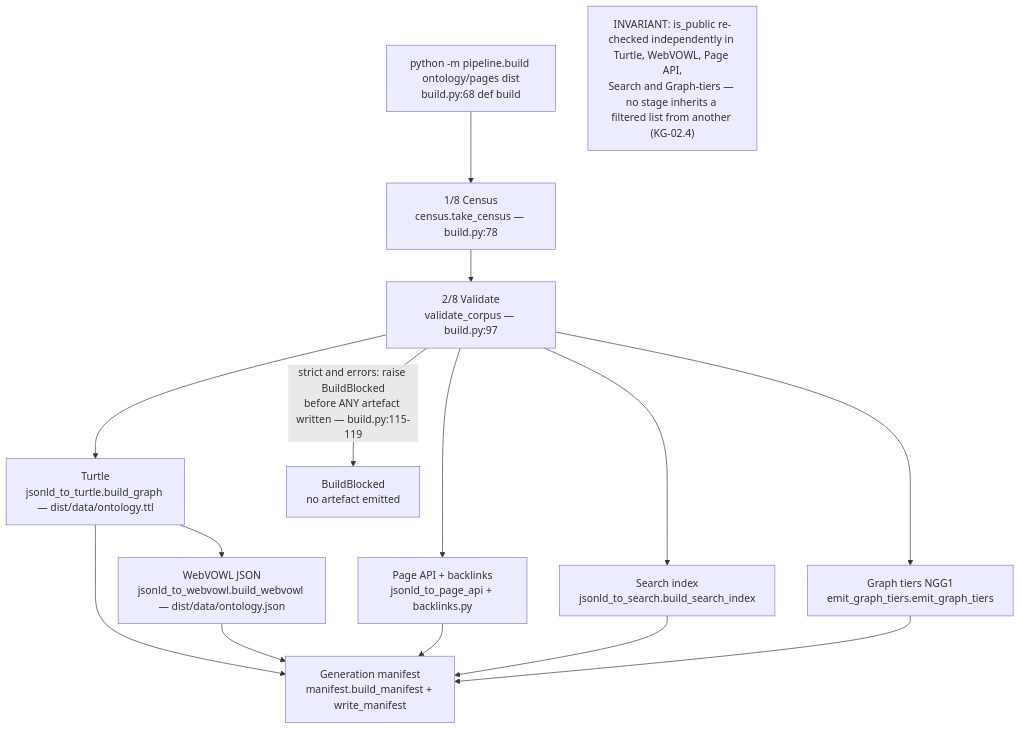
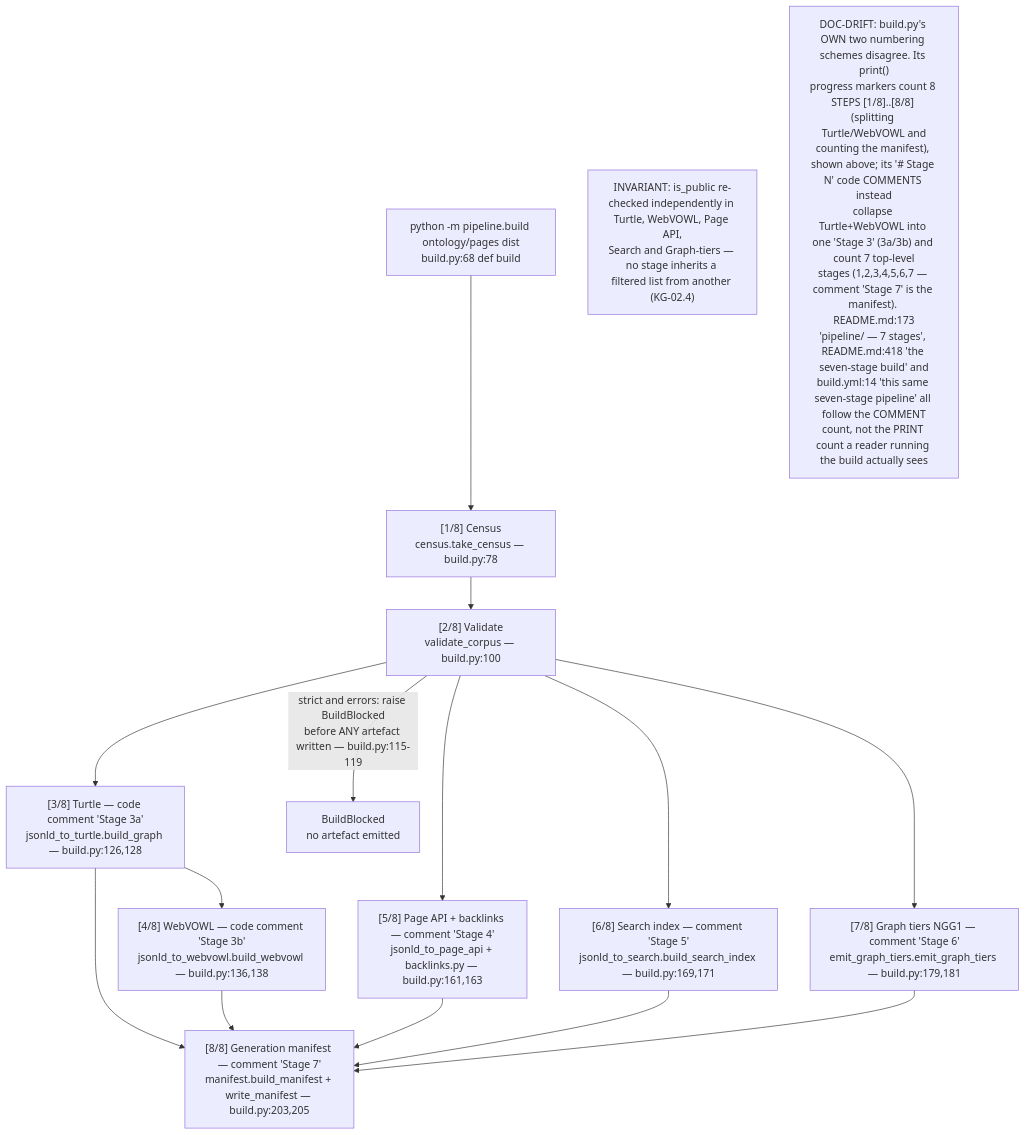
Before and after one commit to DreamLab-AI/VisionFlow: the first of 6 diagrams in docs/diagrams/knowledgegraph/02-corpus-to-ontology-pipeline.md, drawn with Mermaid. The commit also changed other lines of this file and 185 other files, not shown here.

Commit message:
docs(estate): reconcile diagrams and ADRs with source and define closeout sprint

````diff
--- a/docs/diagrams/knowledgegraph/02-corpus-to-ontology-pipeline.md
+++ b/docs/diagrams/knowledgegraph/02-corpus-to-ontology-pipeline.md
@@ -22,24 +30,25 @@
 ```mermaid
 flowchart TD
     START["python -m pipeline.build ontology/pages dist<br/>build.py:68 def build"]
-    S1["1/8 Census<br/>census.take_census — build.py:78"]
-    S2["2/8 Validate<br/>validate_corpus — build.py:97"]
-    S3["Turtle<br/>jsonld_to_turtle.build_graph — dist/data/ontology.ttl"]
-    S4["WebVOWL JSON<br/>jsonld_to_webvowl.build_webvowl — dist/data/ontology.json"]
-    S5["Page API + backlinks<br/>jsonld_to_page_api + backlinks.py"]
-    S6["Search index<br/>jsonld_to_search.build_search_index"]
-    S7["Graph tiers NGG1<br/>emit_graph_tiers.emit_graph_tiers"]
-    S8["Generation manifest<br/>manifest.build_manifest + write_manifest"]
+    S1["#91;1/8#93; Census<br/>census.take_census — build.py:78"]
+    S2["#91;2/8#93; Validate<br/>validate_corpus — build.py:100"]
+    S3["#91;3/8#93; Turtle — code comment 'Stage 3a'<br/>jsonld_to_turtle.build_graph — build.py:126,128"]
+    S4["#91;4/8#93; WebVOWL — code comment 'Stage 3b'<br/>jsonld_to_webvowl.build_webvowl — build.py:136,138"]
+    S5["#91;5/8#93; Page API + backlinks — comment 'Stage 4'<br/>jsonld_to_page_api + backlinks.py — build.py:161,163"]
+    S6["#91;6/8#93; Search index — comment 'Stage 5'<br/>jsonld_to_search.build_search_index — build.py:169,171"]
+    S7["#91;7/8#93; Graph tiers NGG1 — comment 'Stage 6'<br/>emit_graph_tiers.emit_graph_tiers — build.py:179,181"]
+    S8["#91;8/8#93; Generation manifest — comment 'Stage 7'<br/>manifest.build_manifest + write_manifest — build.py:203,205"]
     START --> S1 --> S2
     S2 -->|"strict and errors: raise BuildBlocked<br/>before ANY artefact written — build.py:115-119"| BLOCK["BuildBlocked<br/>no artefact emitted"]
     S2 --> S3 --> S4
     S2 --> S5
     S2 --> S6
     S2 --> S7
     S3 --> S8
     S4 --> S8
     S5 --> S8
     S6 --> S8
     S7 --> S8
     note1["INVARIANT: is_public re-checked independently in Turtle, WebVOWL, Page API,<br/>Search and Graph-tiers — no stage inherits a filtered list from another (KG-02.4)"]
+    note2["DOC-DRIFT: build.py's OWN two numbering schemes disagree. Its print#40;#41;<br/>progress markers count 8 STEPS #91;1/8#93;..#91;8/8#93; #40;splitting Turtle/WebVOWL and<br/>counting the manifest#41;, shown above; its '# Stage N' code COMMENTS instead<br/>collapse Turtle+WebVOWL into one 'Stage 3' #40;3a/3b#41; and count 7 top-level<br/>stages #40;1,2,3,4,5,6,7 — comment 'Stage 7' is the manifest#41;. README.md:173<br/>'pipeline/ — 7 stages', README.md:418 'the seven-stage build' and<br/>build.yml:14 'this same seven-stage pipeline' all follow the COMMENT<br/>count, not the PRINT count a reader running the build actually sees"]
 ```
````
